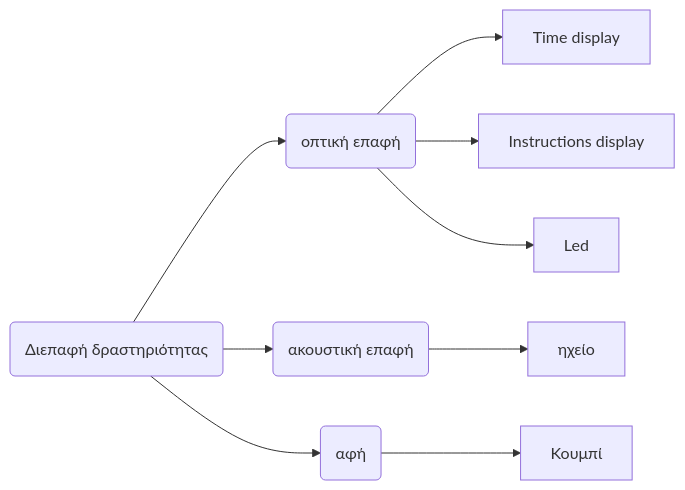
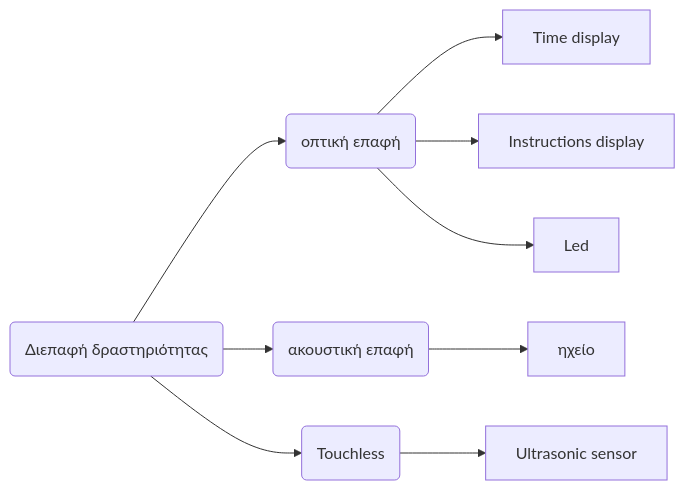
Before and after one commit to Ebabouraki/Interaction-Design-Project-Assignment: the fourth of 4 diagrams in our_report/README.md, drawn with Mermaid. The commit also changed other lines of this file, not shown here.

````diff
--- a/our_report/README.md
+++ b/our_report/README.md
@@ -255,12 +249,12 @@
 ``` mermaid
 graph LR
 A( Διεπαφή δραστηριότητας) --> B[οπτική επαφή]
 A( Διεπαφή δραστηριότητας) --> C[ακουστική επαφή]
-A( Διεπαφή δραστηριότητας) --> D[αφή]
+A( Διεπαφή δραστηριότητας) --> D[Touchless]
 B(οπτική επαφή) --> E[Time display]
 B(οπτική επαφή) --> F[Instructions display]
 B(οπτική επαφή) --> G[Led]
 C(ακουστική επαφή) --> H[ηχείο]
-D(αφή) --> I[Κουμπί]
+D(Touchless) --> I[Ultrasonic sensor]
 
 ```
````
